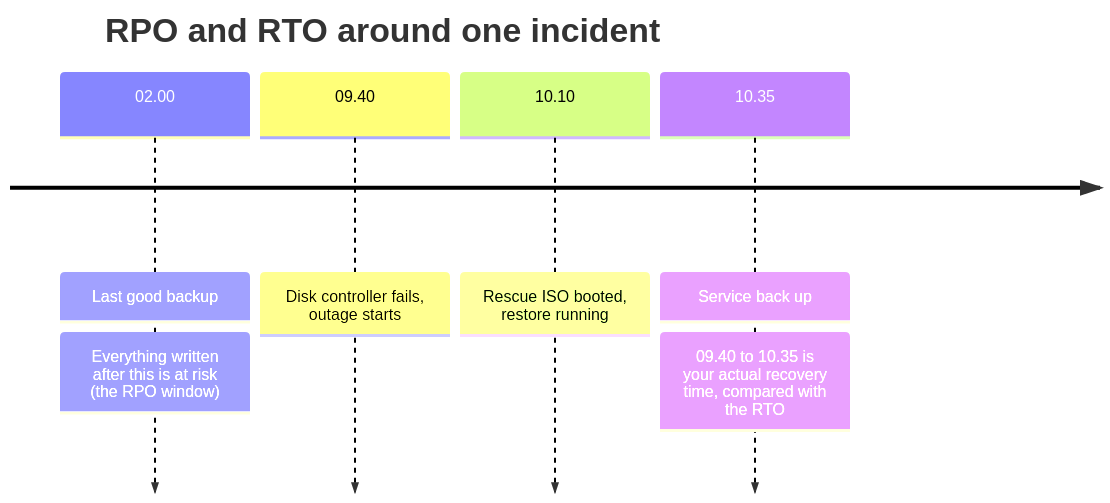
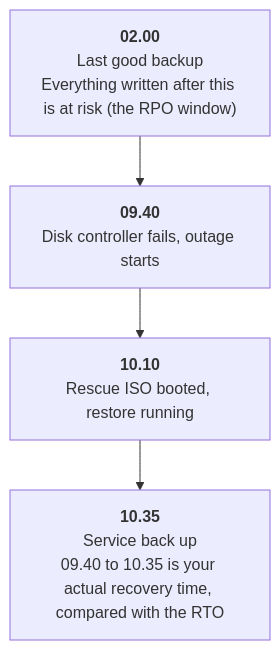
One commit to ssimpson89/LinuxTrainingCourse changed the second of 6 diagrams in content/31-disaster-recovery-and-migration.md. Above: the diagram before and after it, drawn with Mermaid. The commit also changed other lines of this file and 23 other files, not shown here.

First line of the commit message:
Make long flowcharts vertical and replace timelines for readability

````diff
--- a/content/31-disaster-recovery-and-migration.md
+++ b/content/31-disaster-recovery-and-migration.md
@@ -52,10 +54,8 @@
 ```mermaid
-timeline
-    title RPO and RTO around one incident
-    02.00 : Last good backup
-          : Everything written after this is at risk (the RPO window)
-    09.40 : Disk controller fails, outage starts
-    10.10 : Rescue ISO booted, restore running
-    10.35 : Service back up
-          : 09.40 to 10.35 is your actual recovery time, compared with the RTO
+flowchart TB
+    T0["<b>02.00</b><br/>Last good backup<br/>Everything written after this is at risk (the RPO window)"]
+    T1["<b>09.40</b><br/>Disk controller fails, outage starts"]
+    T2["<b>10.10</b><br/>Rescue ISO booted, restore running"]
+    T3["<b>10.35</b><br/>Service back up<br/>09.40 to 10.35 is your actual recovery time, compared with the RTO"]
+    T0 --> T1 --> T2 --> T3
 ```
````
